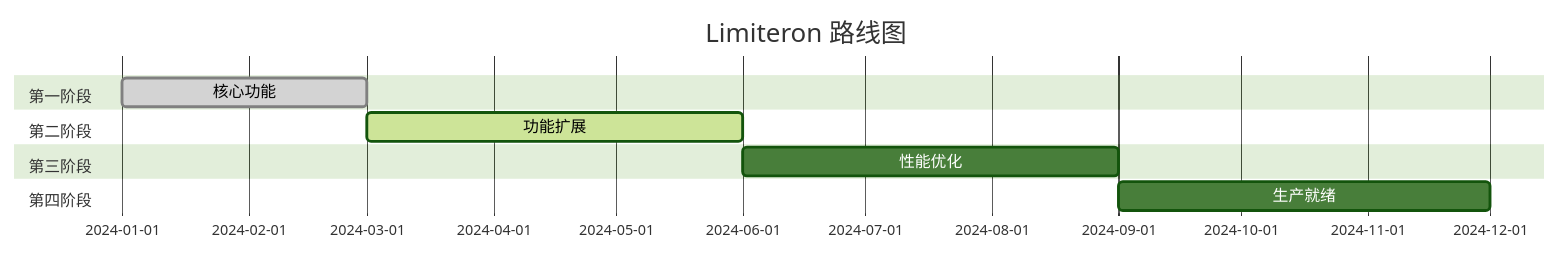
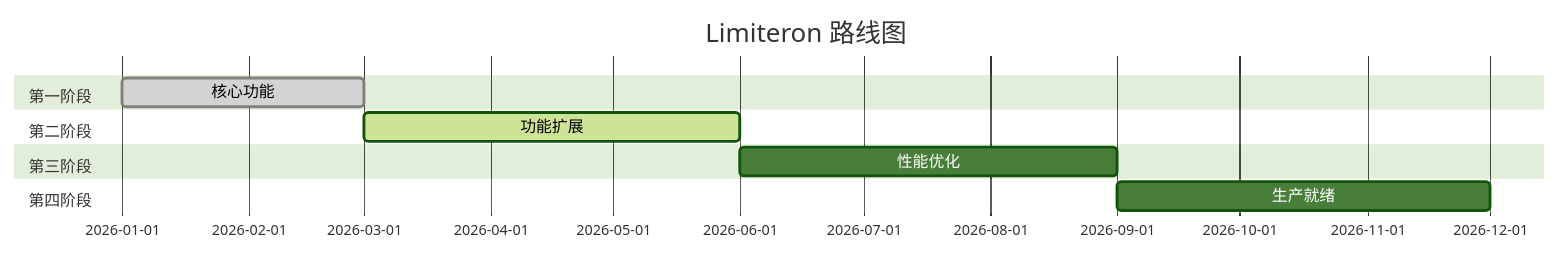
Before and after one commit to Kirky-X/limiteron: the third of 3 diagrams in README.md, drawn with Mermaid (forest theme). The commit also changed other lines of this file and 2 other files, not shown here.

````diff
--- a/README.md
+++ b/README.md
@@ -713,13 +713,13 @@
 ```mermaid
 gantt
     title Limiteron 路线图
     dateFormat  YYYY-MM
     section 第一阶段
-    核心功能           :done, 2024-01, 2024-03
+    核心功能           :done, 2026-01, 2026-03
     section 第二阶段
-    功能扩展           :active, 2024-03, 2024-06
+    功能扩展           :active, 2026-03, 2026-06
     section 第三阶段
-    性能优化 :2024-06, 2024-09
+    性能优化 :2026-06, 2026-09
     section 第四阶段
-    生产就绪      :2024-09, 2024-12
+    生产就绪      :2026-09, 2026-12
 ```
````
